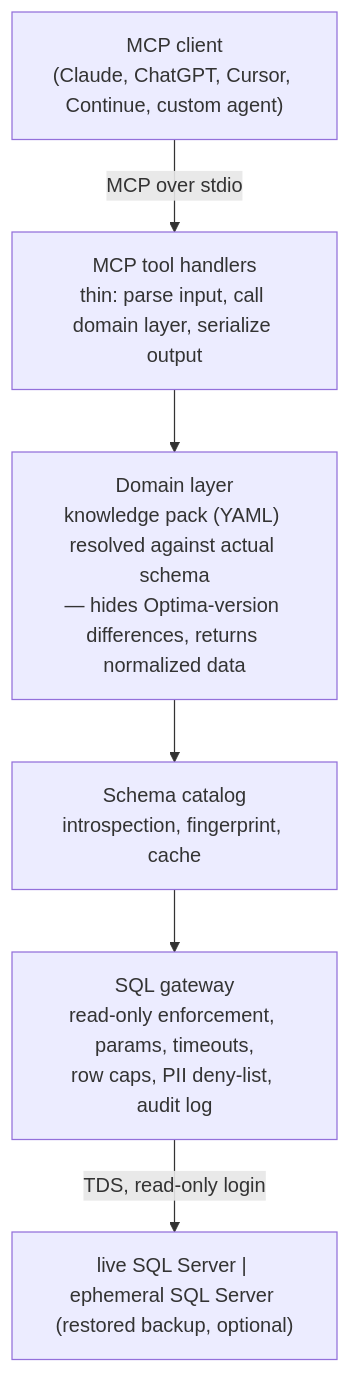
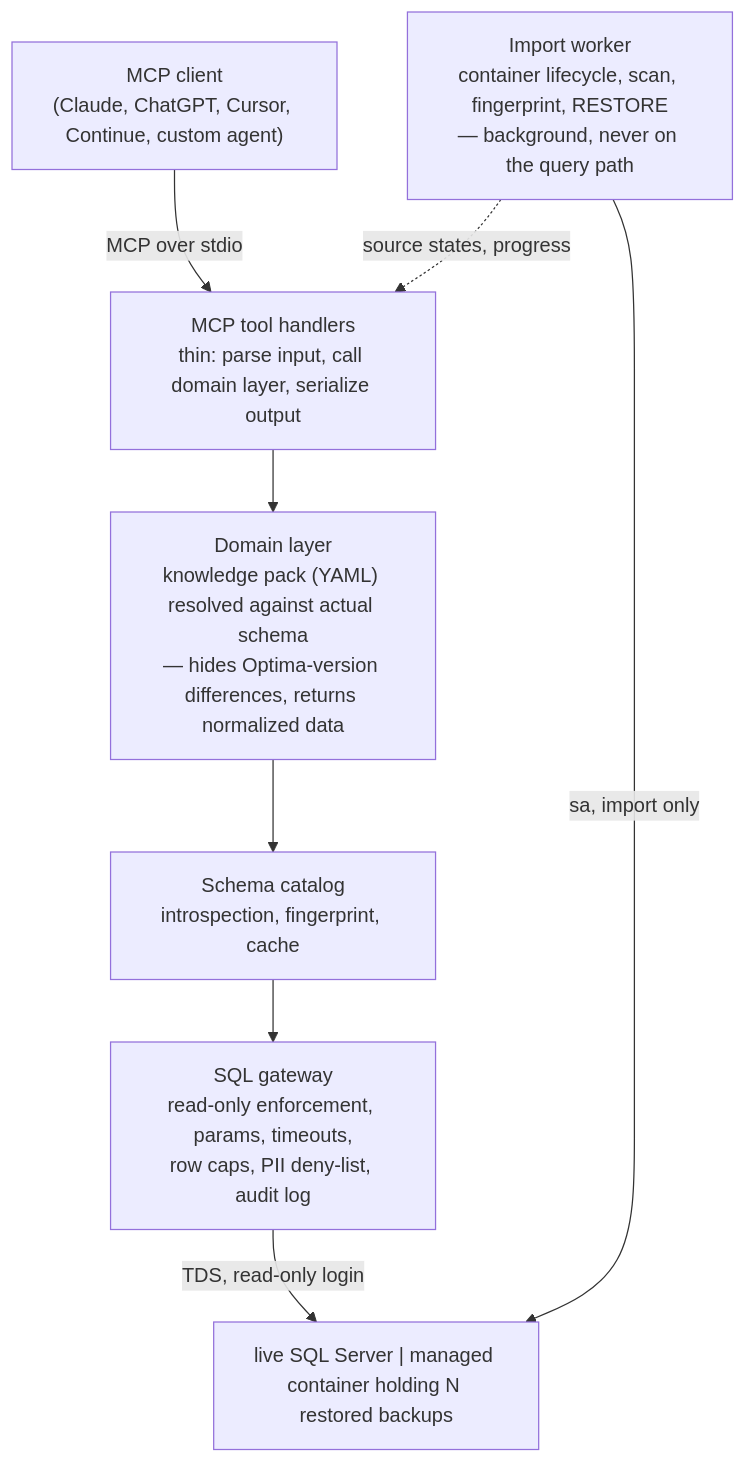
The diagram in docs/research/03-architecture.md (lukaszfiszer/optima-mcp), drawn with Mermaid before and after one commit. The commit also changed other lines of this file and 7 other files, not shown here.

````diff
--- a/docs/research/03-architecture.md
+++ b/docs/research/03-architecture.md
@@ -5,11 +5,14 @@
 ```mermaid
 flowchart TB
     Client["MCP client\n(Claude, ChatGPT, Cursor, Continue, custom agent)"]
     Handlers["MCP tool handlers\nthin: parse input, call domain layer, serialize output"]
     Domain["Domain layer\nknowledge pack (YAML) resolved against actual schema\n— hides Optima-version differences, returns normalized data"]
     Catalog["Schema catalog\nintrospection, fingerprint, cache"]
     Gateway["SQL gateway\nread-only enforcement, params, timeouts,\nrow caps, PII deny-list, audit log"]
-    DB["live SQL Server | ephemeral SQL Server (restored backup, optional)"]
+    DB["live SQL Server | managed container holding N restored backups"]
+    Import["Import worker\ncontainer lifecycle, scan, fingerprint, RESTORE\n— background, never on the query path"]
 
     Client -->|"MCP over stdio"| Handlers --> Domain --> Catalog --> Gateway -->|"TDS, read-only login"| DB
+    Import -->|"sa, import only"| DB
+    Import -.->|"source states, progress"| Handlers
 ```
````
